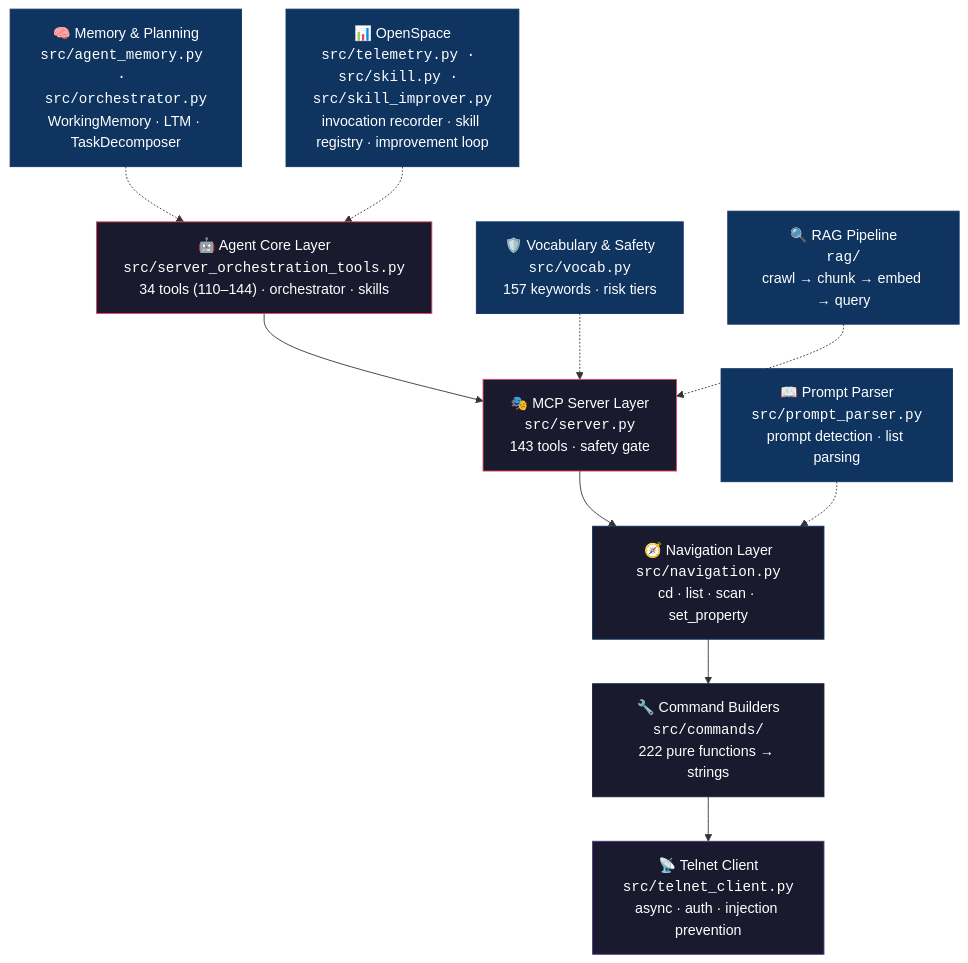
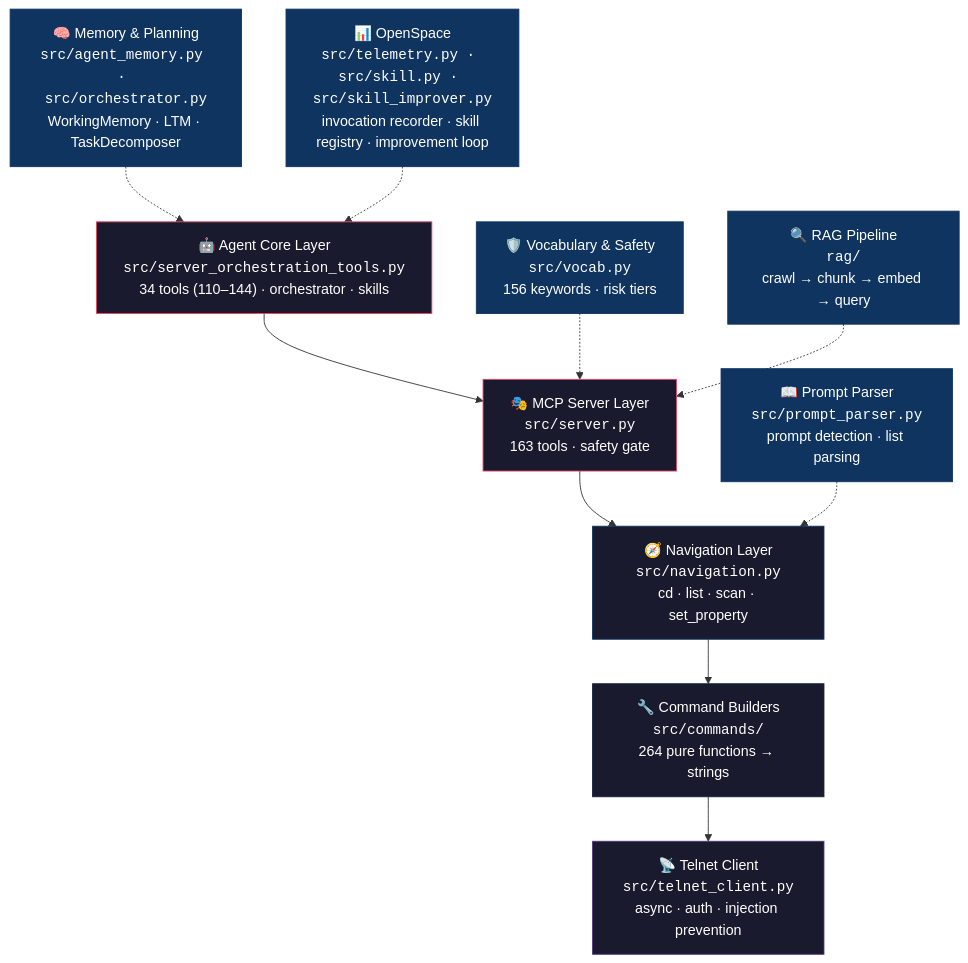
Before and after one commit to thisis-romar/ma2-onPC-MCP: the first of 2 diagrams in README.md, drawn with Mermaid. The commit also changed other lines of this file and 3 other files, not shown here.

````diff
--- a/README.md
+++ b/README.md
@@ -66,25 +66,25 @@
 ```mermaid
 graph TD
     H["🤖 Agent Core Layer<br/><code>src/server_orchestration_tools.py</code><br/>34 tools (110–144) · orchestrator · skills"] --> A
-    A["🎭 MCP Server Layer<br/><code>src/server.py</code><br/>143 tools · safety gate"] --> B
+    A["🎭 MCP Server Layer<br/><code>src/server.py</code><br/>163 tools · safety gate"] --> B
     B["🧭 Navigation Layer<br/><code>src/navigation.py</code><br/>cd · list · scan · set_property"] --> C
-    C["🔧 Command Builders<br/><code>src/commands/</code><br/>222 pure functions → strings"] --> D
+    C["🔧 Command Builders<br/><code>src/commands/</code><br/>264 pure functions → strings"] --> D
     D["📡 Telnet Client<br/><code>src/telnet_client.py</code><br/>async · auth · injection prevention"]
 
     E["📖 Prompt Parser<br/><code>src/prompt_parser.py</code><br/>prompt detection · list parsing"] -.-> B
-    F["🛡️ Vocabulary & Safety<br/><code>src/vocab.py</code><br/>157 keywords · risk tiers"] -.-> A
+    F["🛡️ Vocabulary & Safety<br/><code>src/vocab.py</code><br/>156 keywords · risk tiers"] -.-> A
     G["🔍 RAG Pipeline<br/><code>rag/</code><br/>crawl → chunk → embed → query"] -.-> A
     I["🧠 Memory & Planning<br/><code>src/agent_memory.py · src/orchestrator.py</code><br/>WorkingMemory · LTM · TaskDecomposer"] -.-> H
     J["📊 OpenSpace<br/><code>src/telemetry.py · src/skill.py · src/skill_improver.py</code><br/>invocation recorder · skill registry · improvement loop"] -.-> H
 
     style H fill:#1a1a2e,stroke:#e94560,color:#fff
     style A fill:#1a1a2e,stroke:#e94560,color:#fff
     style B fill:#1a1a2e,stroke:#0f3460,color:#fff
     style C fill:#1a1a2e,stroke:#16213e,color:#fff
     style D fill:#1a1a2e,stroke:#533483,color:#fff
     style E fill:#0f3460,stroke:#0f3460,color:#fff
     style F fill:#0f3460,stroke:#0f3460,color:#fff
     style G fill:#0f3460,stroke:#0f3460,color:#fff
     style I fill:#0f3460,stroke:#0f3460,color:#fff
     style J fill:#0f3460,stroke:#0f3460,color:#fff
 ```
````
